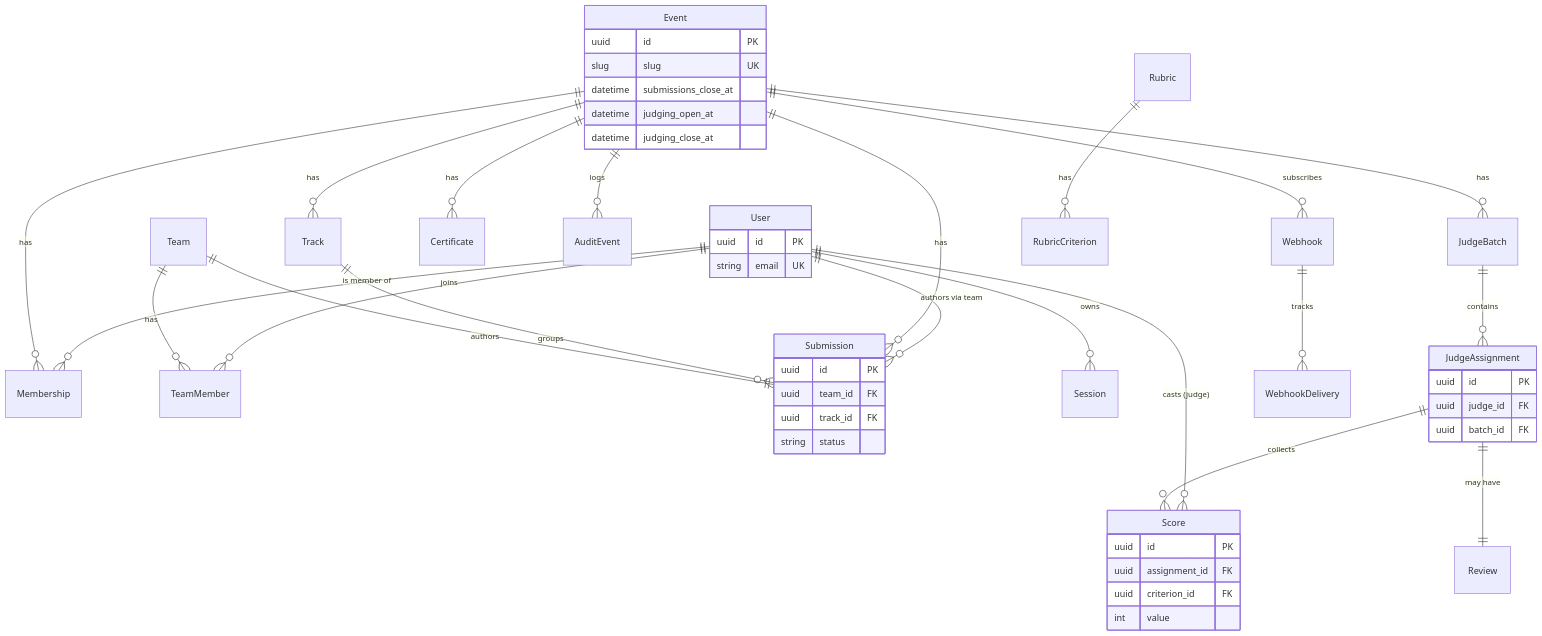
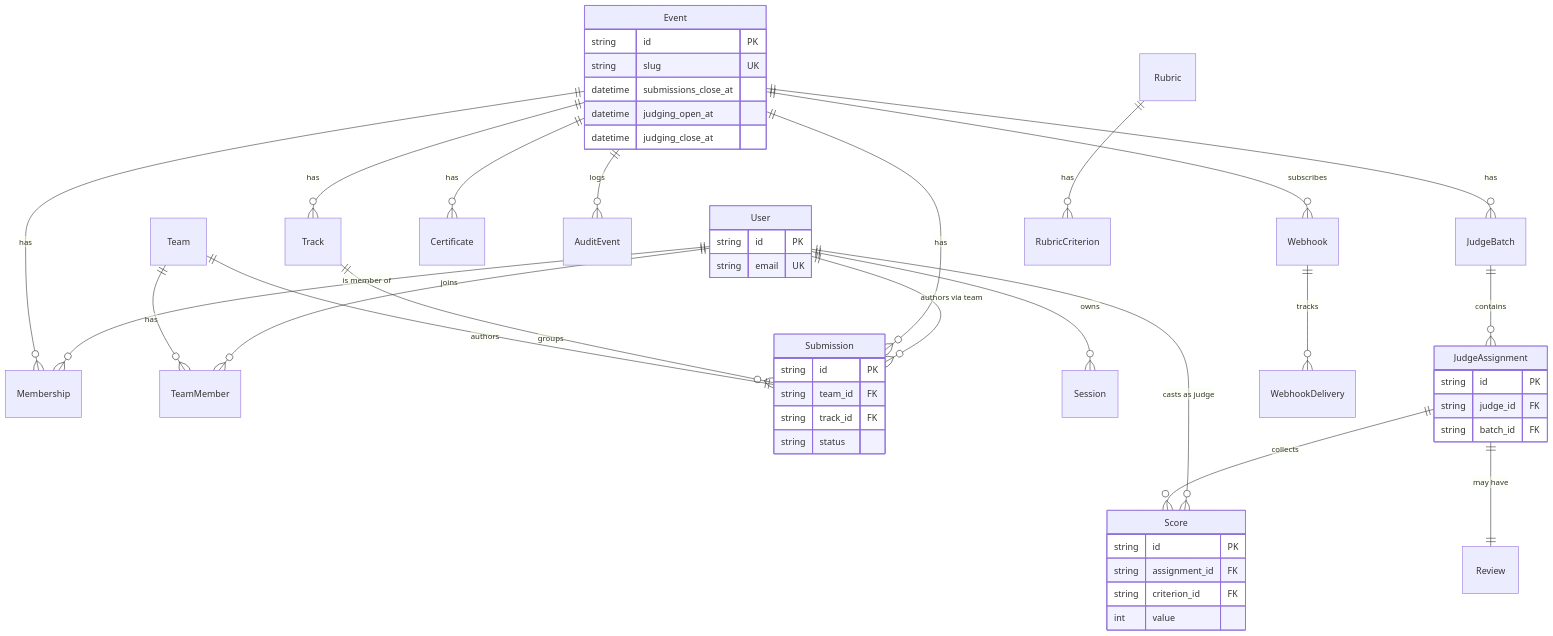
Before and after one commit to choksi2212/dogfood-hackathon: the diagram in docs/TESTING-SCHEMA.md, drawn with Mermaid. The commit also changed 20 other files, not shown here.

First line of the commit message:
Fix mermaid parse errors across 21 docs

````diff
--- a/docs/TESTING-SCHEMA.md
+++ b/docs/TESTING-SCHEMA.md
@@ -14,56 +14,56 @@
 ```mermaid
 erDiagram
     User ||--o{ Membership : "is member of"
     User ||--o{ TeamMember : "joins"
     User ||--o{ Submission : "authors via team"
-    User ||--o{ Score : "casts (judge)"
+    User ||--o{ Score : "casts as judge"
     User ||--o{ Session : "owns"
 
     Event ||--o{ Track : "has"
     Event ||--o{ Membership : "has"
     Event ||--o{ Submission : "has"
     Event ||--o{ JudgeBatch : "has"
     Event ||--o{ Certificate : "has"
     Event ||--o{ AuditEvent : "logs"
     Event ||--o{ Webhook : "subscribes"
 
     Track ||--o{ Submission : "groups"
     Team ||--o{ TeamMember : "has"
     Team ||--|| Submission : "authors"
 
     JudgeBatch ||--o{ JudgeAssignment : "contains"
     JudgeAssignment ||--|| Review : "may have"
     JudgeAssignment ||--o{ Score : "collects"
     Rubric ||--o{ RubricCriterion : "has"
 
     Webhook ||--o{ WebhookDelivery : "tracks"
 
     User {
-        uuid id PK
+        string id PK
         string email UK
     }
     Event {
-        uuid id PK
-        slug slug UK
+        string id PK
+        string slug UK
         datetime submissions_close_at
         datetime judging_open_at
         datetime judging_close_at
     }
     Submission {
-        uuid id PK
-        uuid team_id FK
-        uuid track_id FK
+        string id PK
+        string team_id FK
+        string track_id FK
         string status
     }
     JudgeAssignment {
-        uuid id PK
-        uuid judge_id FK
-        uuid batch_id FK
+        string id PK
+        string judge_id FK
+        string batch_id FK
     }
     Score {
-        uuid id PK
-        uuid assignment_id FK
-        uuid criterion_id FK
+        string id PK
+        string assignment_id FK
+        string criterion_id FK
         int value
     }
 ```
````
